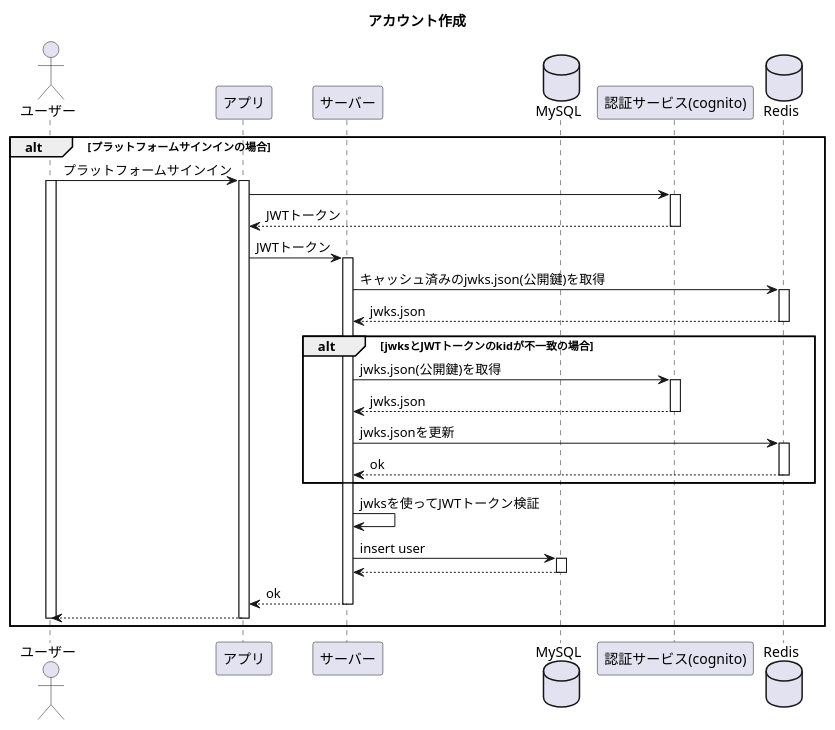
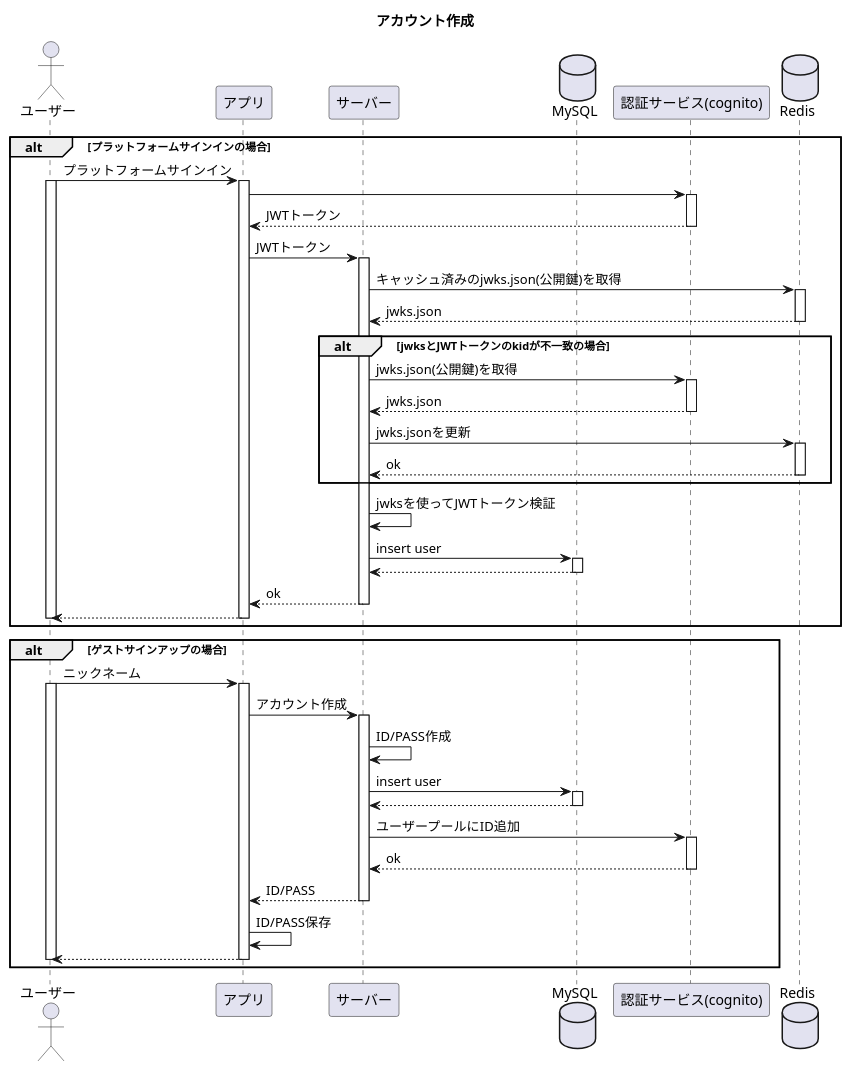
Before and after one commit to sorcerer-inc/fastify-sample: the diagram in documents/create_account.puml, drawn with PlantUML.

Commit message:
feat: ゲストサインアップのパターンを追加した。

```diff
--- a/documents/create_account.puml
+++ b/documents/create_account.puml
@@ -1,66 +1,69 @@
 @startuml
 title アカウント作成
 actor ユーザー as user
 participant アプリ as app
 participant サーバー as server
 database MySQL as db
 participant "認証サービス(cognito)" as auth
 database Redis as redis
 
 alt プラットフォームサインインの場合
   user -> app: プラットフォームサインイン
   activate user
     activate app
     app -> auth
     activate auth
     auth --> app: JWTトークン
     deactivate auth
     app -> server: JWTトークン
       activate server
       server -> redis: キャッシュ済みのjwks.json(公開鍵)を取得
       activate redis
         redis --> server: jwks.json
       deactivate redis
       alt jwksとJWTトークンのkidが不一致の場合
         server -> auth: jwks.json(公開鍵)を取得
         activate auth
           auth --> server: jwks.json
         deactivate auth
         server -> redis: jwks.jsonを更新
         activate redis
           redis --> server: ok
         deactivate redis
       end
       server -> server: jwksを使ってJWTトークン検証
       server -> db: insert user
         activate db
         db --> server
         deactivate db
       server --> app: ok
       deactivate server
     app --> user
     deactivate app
   deactivate user
 end
 
-' TODO ゲストもcognitoで処理できるか確認中
-'alt ゲストサインアップの場合
-'  user -> app : ニックネーム
-'  activate user
-'    activate app
-'    app -> server: アカウント作成
-'      activate server
-'      server -> server: ID/PASS作成
-'      server -> db: insert user
-'        activate db
-'        db --> server
-'        deactivate db
-'      server --> app: ID/PASS
-'      deactivate server
-'      app -> app: ID/PASS保存
-'    app --> user
-'    deactivate app
-'  deactivate user
-'end
+alt ゲストサインアップの場合
+  user -> app : ニックネーム
+  activate user
+    activate app
+    app -> server: アカウント作成
+      activate server
+      server -> server: ID/PASS作成
+      server -> db: insert user
+        activate db
+        db --> server
+        deactivate db
+      server -> auth: ユーザープールにID追加
+      activate auth
+        auth --> server: ok
+      deactivate auth
+      server --> app: ID/PASS
+      deactivate server
+      app -> app: ID/PASS保存
+    app --> user
+    deactivate app
+  deactivate user
+end
 
 @enduml
```
